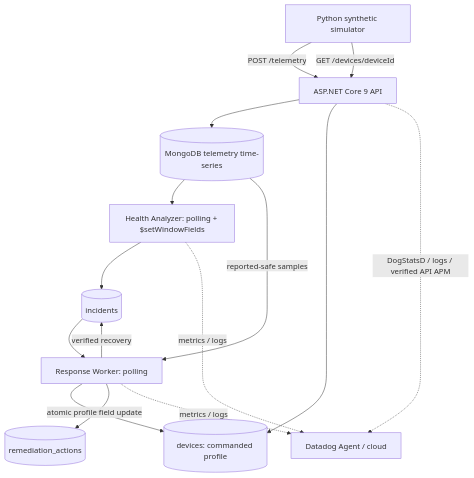
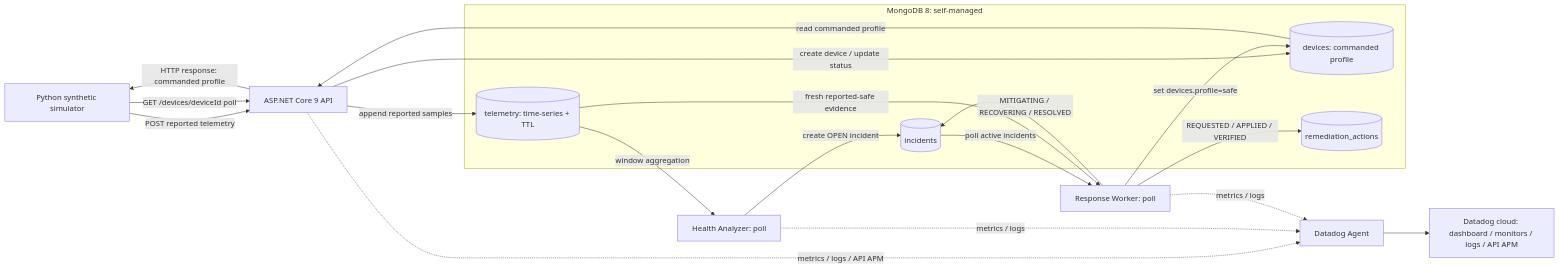
Before and after one commit to thtcsec/signal404-edgeguard-ops: the diagram in docs/ARCHITECTURE.md, drawn with Mermaid. The commit also changed other lines of this file and 19 other files, not shown here.

````diff
--- a/docs/ARCHITECTURE.md
+++ b/docs/ARCHITECTURE.md
@@ -5,17 +5,26 @@
 ```mermaid
-flowchart TD
-    S[Python synthetic simulator] -->|POST /telemetry| A[ASP.NET Core 9 API]
-    A --> T[(MongoDB telemetry time-series)]
-    A --> D[(devices: commanded profile)]
-    S -->|GET /devices/deviceId| A
-    T --> H[Health Analyzer: polling + $setWindowFields]
-    H --> I[(incidents)]
-    I --> W[Response Worker: polling]
-    W -->|atomic profile field update| D
-    W --> R[(remediation_actions)]
-    T -->|reported-safe samples| W
-    W -->|verified recovery| I
-    A -. DogStatsD / logs / verified API APM .-> DD[Datadog Agent / cloud]
-    H -. metrics / logs .-> DD
-    W -. metrics / logs .-> DD
+flowchart LR
+    S[Python synthetic simulator] -->|POST reported telemetry| A[ASP.NET Core 9 API]
+    S -->|GET /devices/deviceId poll| A
+    A -->|HTTP response: commanded profile| S
+    subgraph DB[MongoDB 8: self-managed]
+        T[(telemetry: time-series + TTL)]
+        D[(devices: commanded profile)]
+        I[(incidents)]
+        R[(remediation_actions)]
+    end
+    A -->|append reported samples| T
+    A -->|create device / update status| D
+    D -->|read commanded profile| A
+    T -->|window aggregation| H[Health Analyzer: poll]
+    H -->|create OPEN incident| I
+    I -->|poll active incidents| W[Response Worker: poll]
+    W -->|set devices.profile=safe| D
+    T -->|fresh reported-safe evidence| W
+    W -->|REQUESTED / APPLIED / VERIFIED| R
+    W -->|MITIGATING / RECOVERING / RESOLVED| I
+    A -. metrics / logs / API APM .-> DG[Datadog Agent]
+    H -. metrics / logs .-> DG
+    W -. metrics / logs .-> DG
+    DG --> DD[Datadog cloud: dashboard / monitors / logs / API APM]
 ```
````
